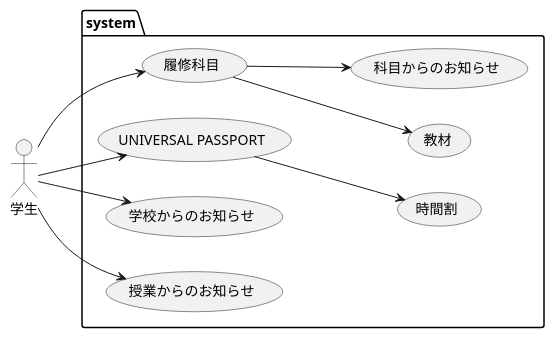
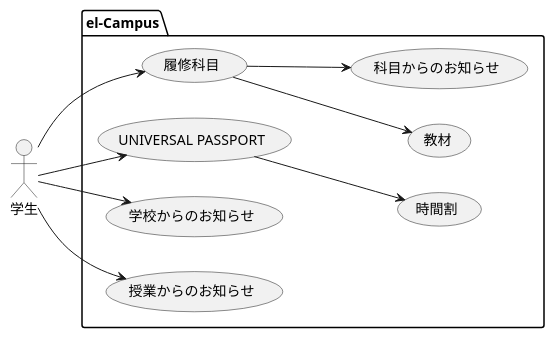
One commit to WithUSTAYBuddies/10th-assignment changed the diagram in usecase.pu. Above: the diagram before and after it, drawn with PlantUML.

Commit message:
systemをel-Campusに変更

```diff
--- a/usecase.pu
+++ b/usecase.pu
@@ -1,19 +1,19 @@
 @startuml
 left to right direction
-package system{
+package el-Campus{
     usecase "履修科目" as f1
     usecase "UNIVERSAL PASSPORT" as f2
     usecase "学校からのお知らせ"as f3
     usecase "授業からのお知らせ"as f4
     usecase "時間割" as f5
     usecase "教材" as f6
     usecase "科目からのお知らせ" as f7
 }
 :学生:-->(f1)
 :学生:-->(f2)
 :学生:-->(f3)
 :学生:-->(f4)
 :f2:-->(f5)
 :f1:-->(f6)
 :f1:-->(f7)
 @enduml
```
